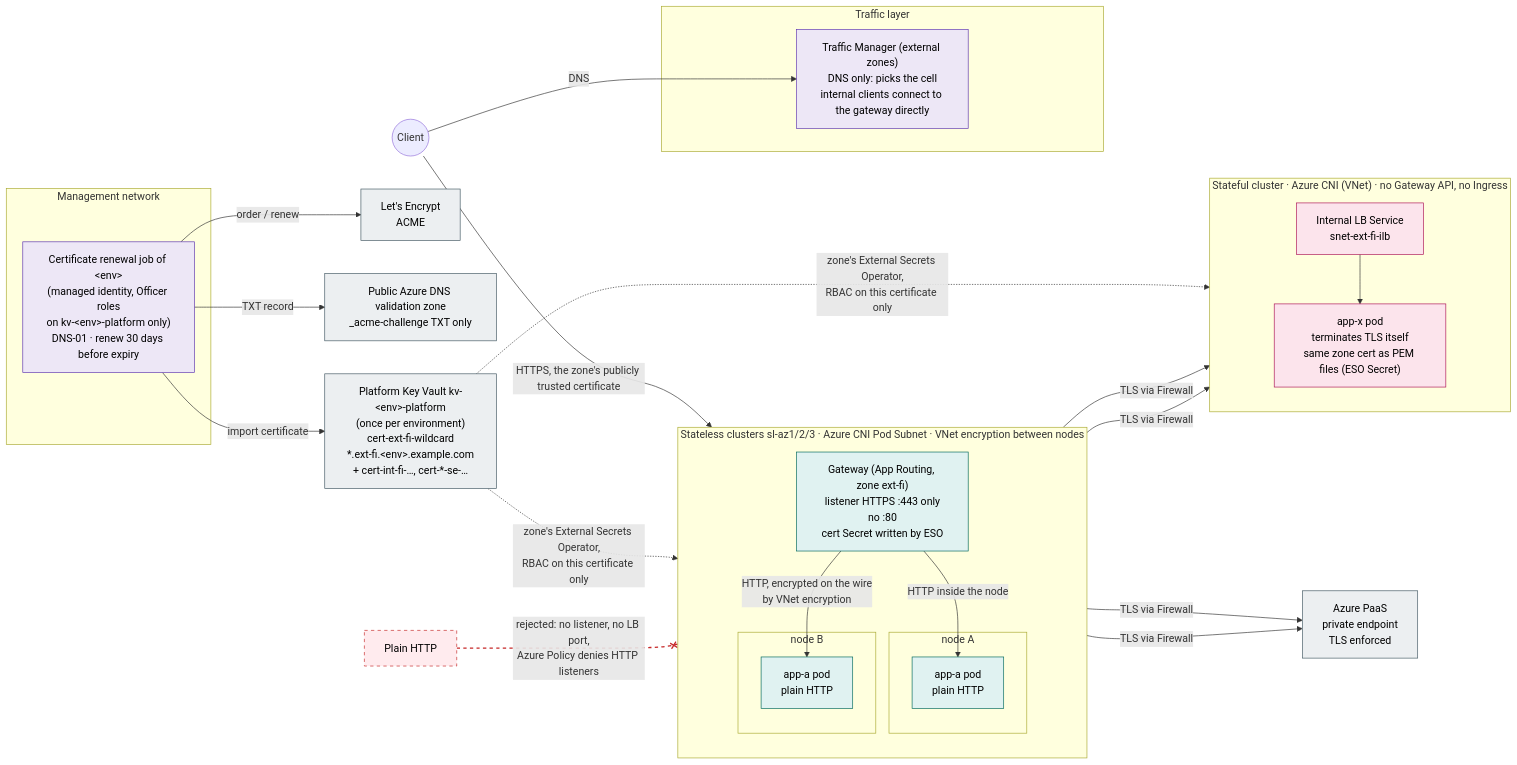
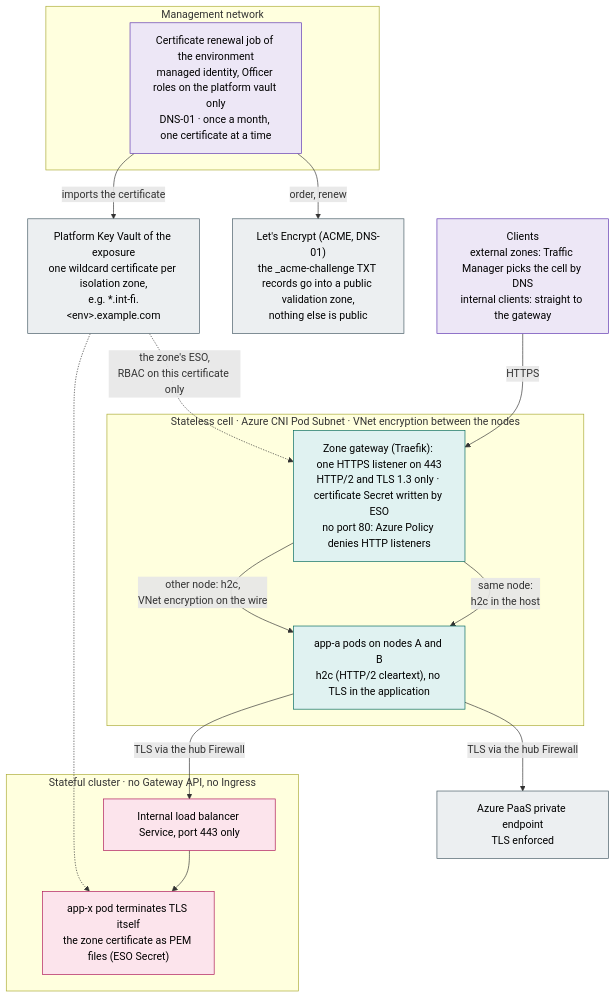
Before and after one commit to onek8s/onek8s.github.io: the diagram in diagrams/4.1-tls-encryption.mmd, drawn with Mermaid. The commit also changed 69 other files, not shown here.

```diff
--- a/diagrams/4.1-tls-encryption.mmd
+++ b/diagrams/4.1-tls-encryption.mmd
@@ -1,63 +1,43 @@
-%% Encryption in transit. Stateless: TLS ends at the zone's gateway (App Routing) (Let's Encrypt certificate for an internal
-%% name), node-to-node traffic is protected by Azure VNet encryption, so apps need no TLS, mTLS or service mesh.
-%% Stateful: no Gateway API and no Ingress at all, the application terminates TLS on its own internal load balancer.
-%% Certificates are issued once per zone and environment by a job per environment into the environment's single platform
-%% Key Vault and shared by all clusters of that environment.
-flowchart LR
-    client(("Client"))
+%% Encryption in transit. Stateless: TLS ends at the zone's gateway (Traefik; HTTP/2 and TLS 1.3 only, a Let's Encrypt
+%% certificate), the gateway speaks h2c to the pods and node-to-node traffic is protected by Azure VNet encryption, so the
+%% applications need no TLS, mTLS or service mesh. Stateful: no Gateway API and no Ingress, the application terminates TLS
+%% on its own internal load balancer. Certificates are issued once per environment and exposure by a renewal job into the
+%% platform Key Vault and shared by every cluster of that exposure.
+flowchart TB
+    client["Clients<br/>external zones: Traffic Manager picks the cell by DNS<br/>internal clients: straight to the gateway"]
 
     subgraph MGMT["Management network"]
-        job["Certificate renewal job of &lt;env&gt;<br/>(managed identity, Officer roles<br/>on kv-&lt;env&gt;-platform only)<br/>DNS-01 · renew 30 days before expiry"]
+        job["Certificate renewal job of the environment<br/>managed identity, Officer roles on the platform vault only<br/>DNS-01 · once a month, one certificate at a time"]
     end
-    le["Let's Encrypt<br/>ACME"]
-    pubdns["Public Azure DNS validation zone<br/>_acme-challenge TXT only"]
-    kv["Platform Key Vault kv-&lt;env&gt;-platform<br/>(once per environment)<br/>cert-ext-fi-wildcard<br/>*.ext-fi.&lt;env&gt;.example.com<br/>+ cert-int-fi-…, cert-*-se-…"]
+    le["Let's Encrypt (ACME, DNS-01)<br/>the _acme-challenge TXT records go into a public validation zone,<br/>nothing else is public"]
+    kv["Platform Key Vault of the exposure<br/>one wildcard certificate per isolation zone,<br/>e.g. *.int-fi.&lt;env&gt;.example.com"]
 
-    subgraph EDGE["Traffic layer"]
-        agw["Traffic Manager (external zones)<br/>DNS only: picks the cell<br/>internal clients connect to the gateway directly"]
+    subgraph SL["Stateless cell · Azure CNI Pod Subnet · VNet encryption between the nodes"]
+        tr["Zone gateway (Traefik): one HTTPS listener on 443<br/>HTTP/2 and TLS 1.3 only · certificate Secret written by ESO<br/>no port 80: Azure Policy denies HTTP listeners"]
+        app["app-a pods on nodes A and B<br/>h2c (HTTP/2 cleartext), no TLS in the application"]
     end
 
-    subgraph SL["Stateless clusters sl-az1/2/3 · Azure CNI Pod Subnet · VNet encryption between nodes"]
-        direction TB
-        tr["Gateway (App Routing, zone ext-fi)<br/>listener HTTPS :443 only<br/>no :80<br/>cert Secret written by ESO"]
-        subgraph N1["node A"]
-            app1["app-a pod<br/>plain HTTP"]
-        end
-        subgraph N2["node B"]
-            app2["app-a pod<br/>plain HTTP"]
-        end
+    subgraph SF["Stateful cluster · no Gateway API, no Ingress"]
+        ilb["Internal load balancer Service, port 443 only"]
+        db["app-x pod terminates TLS itself<br/>the zone certificate as PEM files (ESO Secret)"]
     end
+    paas["Azure PaaS private endpoint<br/>TLS enforced"]
 
-    subgraph SF["Stateful cluster · Azure CNI (VNet) · no Gateway API, no Ingress"]
-        direction TB
-        ilb["Internal LB Service<br/>snet-ext-fi-ilb"]
-        db["app-x pod<br/>terminates TLS itself<br/>same zone cert as PEM files (ESO Secret)"]
-    end
-
-    paas["Azure PaaS<br/>private endpoint<br/>TLS enforced"]
-    plain["Plain HTTP"]:::off
-
-    client -->|"DNS"| agw
-    client -->|"HTTPS, the zone's publicly trusted certificate"| tr
-    tr -->|"HTTP inside the node"| app1
-    tr -->|"HTTP, encrypted on the wire<br/>by VNet encryption"| app2
-    app1 & app2 -->|"TLS via Firewall"| ilb --> db
-    app1 & app2 -->|"TLS via Firewall"| paas
-    job -->|"order / renew"| le
-    job -->|"TXT record"| pubdns
-    job -->|"import certificate"| kv
-    kv -.->|"zone's External Secrets Operator,<br/>RBAC on this certificate only"| tr
-    kv -.->|"zone's External Secrets Operator,<br/>RBAC on this certificate only"| db
-    plain -.-x|"rejected: no listener, no LB port,<br/>Azure Policy denies HTTP listeners"| tr
-
-    linkStyle 14 stroke:#c62828,stroke-width:2px,stroke-dasharray:5 5
+    client -->|"HTTPS"| tr
+    tr -->|"same node:<br/>h2c in the host"| app
+    tr -->|"other node: h2c,<br/>VNet encryption on the wire"| app
+    app -->|"TLS via the hub Firewall"| ilb --> db
+    app -->|"TLS via the hub Firewall"| paas
+    job -->|"order, renew"| le
+    job -->|"imports the certificate"| kv
+    kv -.->|"the zone's ESO,<br/>RBAC on this certificate only"| tr
+    kv -.-> db
 
     classDef hub fill:#ede7f6,stroke:#5e35b1,color:#000
     classDef sl fill:#e0f2f1,stroke:#00695c,color:#000
     classDef sf fill:#fce4ec,stroke:#ad1457,color:#000
     classDef paas fill:#eceff1,stroke:#455a64,color:#000
-    classDef off fill:#ffebee,stroke:#c62828,color:#000,stroke-dasharray: 5 5
-    class agw,job hub
-    class tr,app1,app2 sl
+    class client,job hub
+    class tr,app sl
     class ilb,db sf
-    class paas,le,pubdns,kv paas
+    class paas,le,kv paas
```
